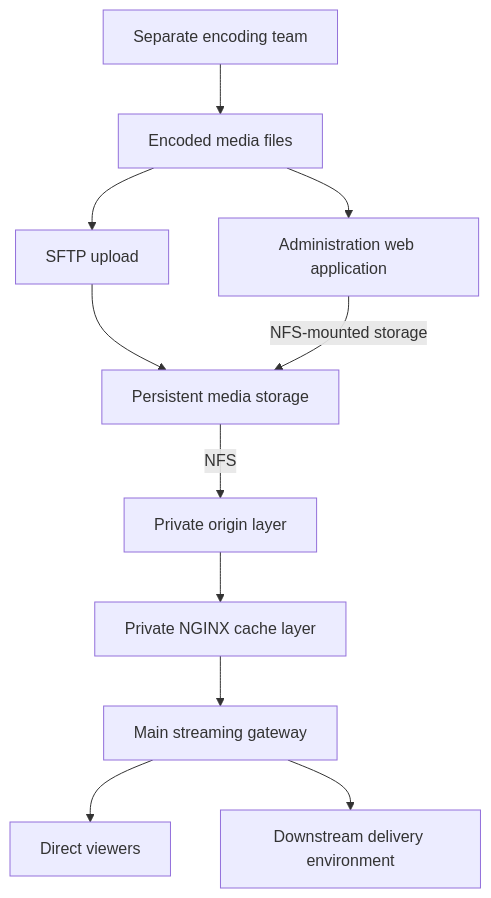
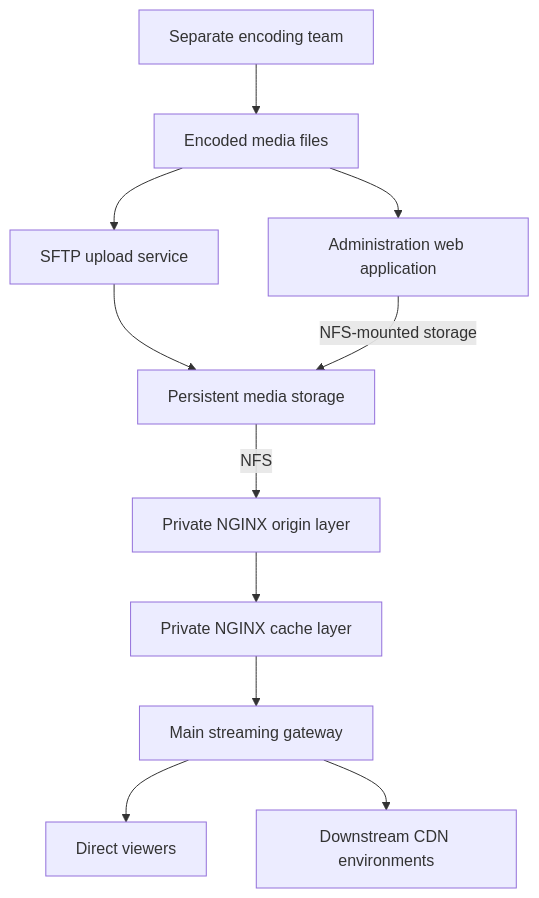
The second of 3 diagrams in projects/ip-001/architecture.md (minnthuwinn/infrastructure-portfolio), drawn with Mermaid before and after one commit. The commit also changed other lines of this file, not shown here.

Commit message:
Review IP-001: refine projects/ip-001/architecture.md

````diff
--- a/projects/ip-001/architecture.md
+++ b/projects/ip-001/architecture.md
@@ -21,13 +22,13 @@
 ```mermaid
 flowchart TD
-    E[Separate encoding team] --> F[Encoded media files]
-    F --> U[SFTP upload]
-    F --> A[Administration web application]
-    U --> M[Persistent media storage]
+    E["Separate encoding team"] --> F["Encoded media files"]
+    F --> U["SFTP upload service"]
+    F --> A["Administration web application"]
+    U --> M["Persistent media storage"]
     A -->|NFS-mounted storage| M
-    M -->|NFS| O[Private origin layer]
-    O --> C[Private NGINX cache layer]
-    C --> L[Main streaming gateway]
-    L --> V[Direct viewers]
-    L --> D[Downstream delivery environment]
+    M -->|NFS| O["Private NGINX origin layer"]
+    O --> C["Private NGINX cache layer"]
+    C --> L["Main streaming gateway"]
+    L --> V["Direct viewers"]
+    L --> D["Downstream CDN environments"]
 ```
````
